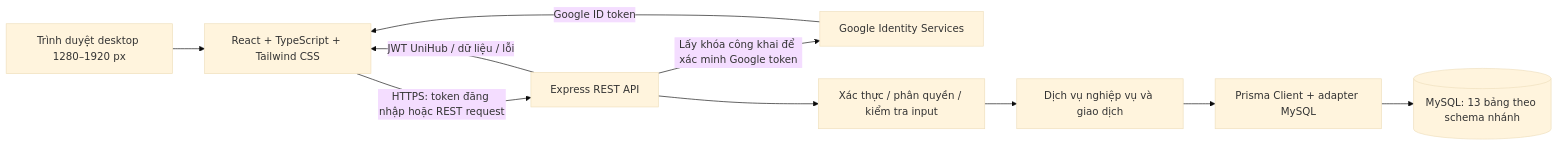
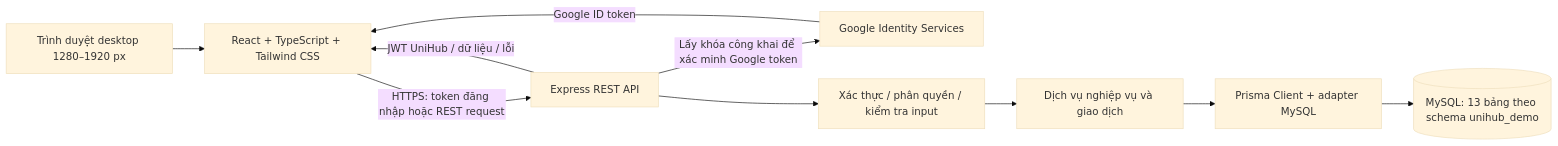
One commit to KhanhHuyen444/UniHub changed the diagram in docs/architecture.md. Above: the diagram before and after it, drawn with Mermaid (base theme). The commit also changed other lines of this file and 17 other files, not shown here.

Commit message:
docs: synchronize final architecture, contracts, and module references

````diff
--- a/docs/architecture.md
+++ b/docs/architecture.md
@@ -11,12 +9,12 @@
 ```mermaid
 flowchart LR
     U[Trình duyệt desktop 1280–1920 px] --> F[React + TypeScript + Tailwind CSS]
     G[Google Identity Services] -->|Google ID token| F
     F -->|HTTPS: token đăng nhập hoặc REST request| B[Express REST API]
     B -->|Lấy khóa công khai để xác minh Google token| G
     B --> A[Xác thực / phân quyền / kiểm tra input]
     A --> S[Dịch vụ nghiệp vụ và giao dịch]
     S --> P[Prisma Client + adapter MySQL]
-    P --> D[(MySQL: 13 bảng theo schema nhánh)]
+    P --> D[(MySQL: 13 bảng theo schema unihub_demo)]
     B -->|JWT UniHub / dữ liệu / lỗi| F
 ```
````
